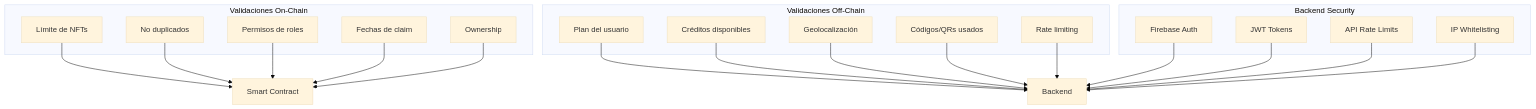
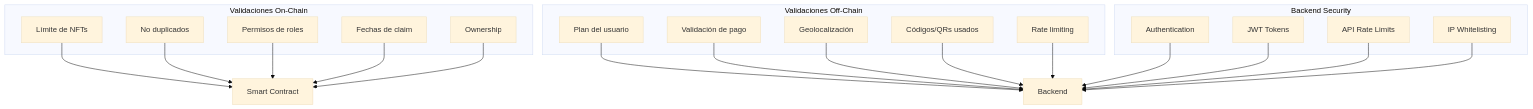
Before and after one commit to mesas01/hackatonArgentinaNov: the tenth of 10 diagrams in README.md, drawn with Mermaid (base theme). The commit also changed other lines of this file and 66 other files, not shown here.

````diff
--- a/README.md
+++ b/README.md
@@ -760,42 +782,42 @@
 ```mermaid
 graph TB
     subgraph "Validaciones On-Chain"
         V1[Límite de NFTs]
         V2[No duplicados]
         V3[Permisos de roles]
         V4[Fechas de claim]
         V5[Ownership]
     end
 
     subgraph "Validaciones Off-Chain"
         V6[Plan del usuario]
-        V7[Créditos disponibles]
+        V7[Validación de pago]
         V8[Geolocalización]
         V9[Códigos/QRs usados]
         V10[Rate limiting]
     end
 
     subgraph "Backend Security"
-        S1[Firebase Auth]
+        S1[Authentication]
         S2[JWT Tokens]
         S3[API Rate Limits]
         S4[IP Whitelisting]
     end
 
     V1 --> CONTRACT[Smart Contract]
     V2 --> CONTRACT
     V3 --> CONTRACT
     V4 --> CONTRACT
     V5 --> CONTRACT
 
     V6 --> BACKEND[Backend]
     V7 --> BACKEND
     V8 --> BACKEND
     V9 --> BACKEND
     V10 --> BACKEND
 
     S1 --> BACKEND
     S2 --> BACKEND
     S3 --> BACKEND
     S4 --> BACKEND
 ```
````
